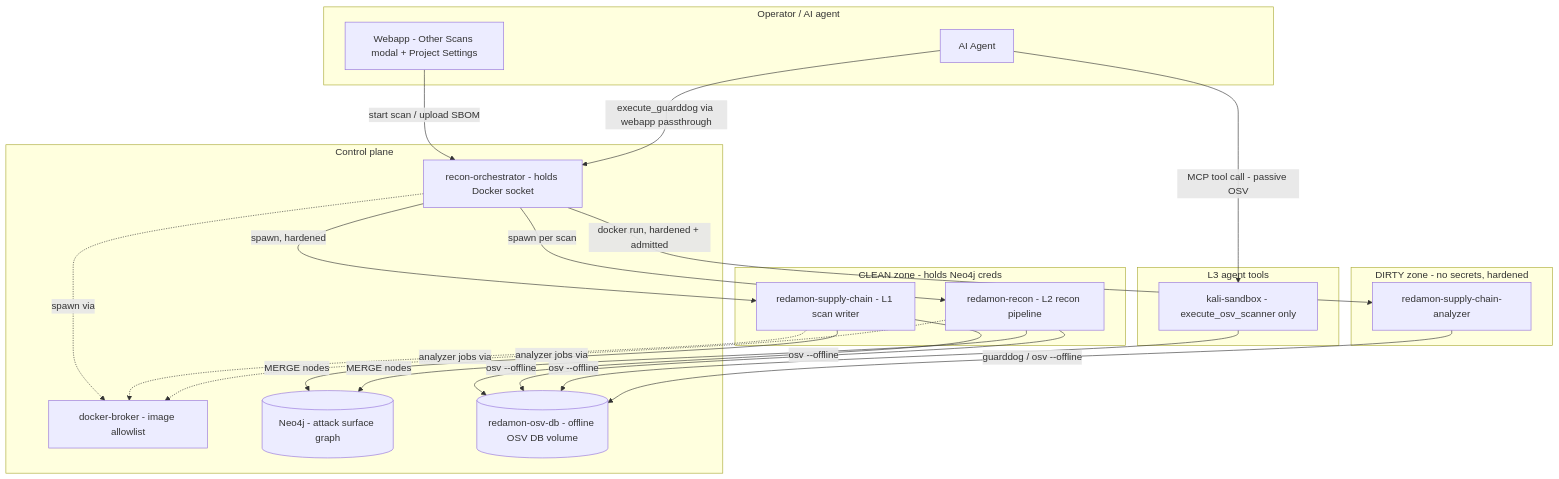
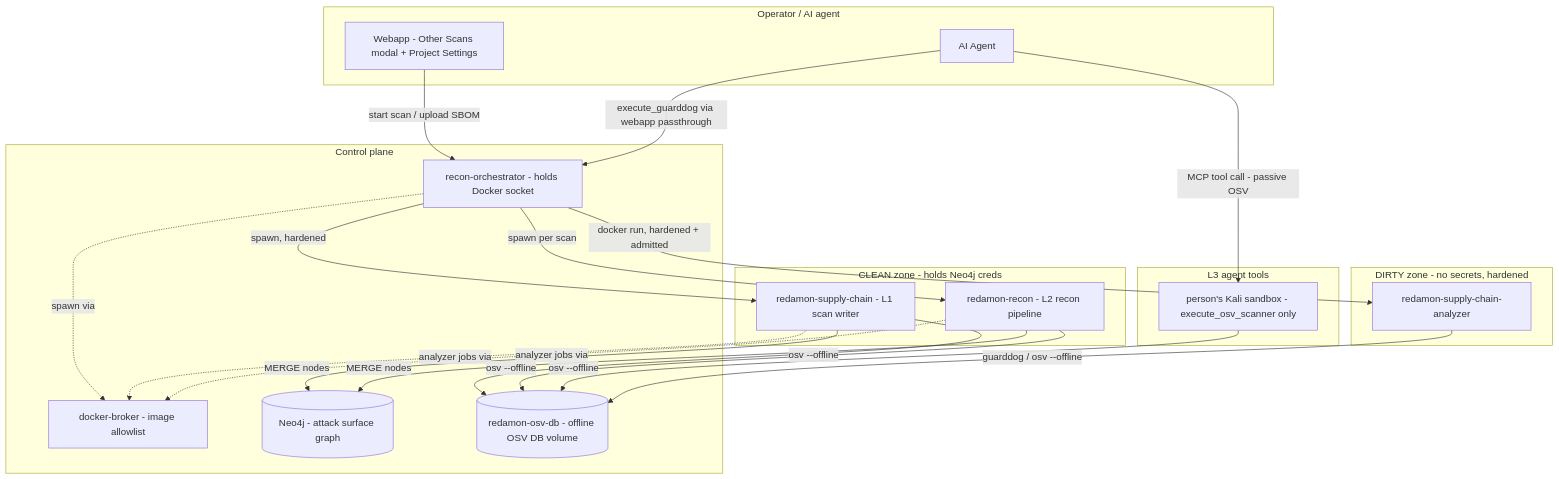
One commit to samugit83/redamon changed the first of 7 diagrams in docs/readmes/README.SUPPLY_CHAIN.md. Above: the diagram before and after it, drawn with Mermaid. The commit also changed other lines of this file and 52 other files, not shown here.

First line of the commit message:
docs(sandbox): per-user Kali sandboxes across docs, wiki and agent rules (group 1)

````diff
--- a/docs/readmes/README.SUPPLY_CHAIN.md
+++ b/docs/readmes/README.SUPPLY_CHAIN.md
@@ -65,46 +65,46 @@
 ```mermaid
 flowchart TB
     subgraph OP[Operator / AI agent]
       UI[Webapp - Other Scans modal + Project Settings]
       AG[AI Agent]
     end
 
     subgraph CP[Control plane]
       ORCH[recon-orchestrator - holds Docker socket]
       BROKER[docker-broker - image allowlist]
       NEO[(Neo4j - attack surface graph)]
       OSVDB[(redamon-osv-db - offline OSV DB volume)]
     end
 
     subgraph CLEAN[CLEAN zone - holds Neo4j creds]
       L1C[redamon-supply-chain - L1 scan writer]
       RECON[redamon-recon - L2 recon pipeline]
     end
 
     subgraph DIRTY[DIRTY zone - no secrets, hardened]
       ANALYZER[redamon-supply-chain-analyzer]
     end
 
     subgraph L3Z[L3 agent tools]
-      KALI[kali-sandbox - execute_osv_scanner only]
+      KALI[person's Kali sandbox - execute_osv_scanner only]
     end
 
     UI -->|start scan / upload SBOM| ORCH
     AG -->|MCP tool call - passive OSV| KALI
     AG -->|execute_guarddog via webapp passthrough| ORCH
     ORCH -->|spawn, hardened| L1C
     ORCH -->|spawn per scan| RECON
     ORCH -->|docker run, hardened + admitted| ANALYZER
 
     L1C -->|osv --offline| OSVDB
     RECON -->|osv --offline| OSVDB
     KALI -->|osv --offline| OSVDB
     ANALYZER -->|guarddog / osv --offline| OSVDB
 
     L1C -->|MERGE nodes| NEO
     RECON -->|MERGE nodes| NEO
 
     ORCH -.spawn via.-> BROKER
     L1C -.analyzer jobs via.-> BROKER
     RECON -.analyzer jobs via.-> BROKER
 ```
````
